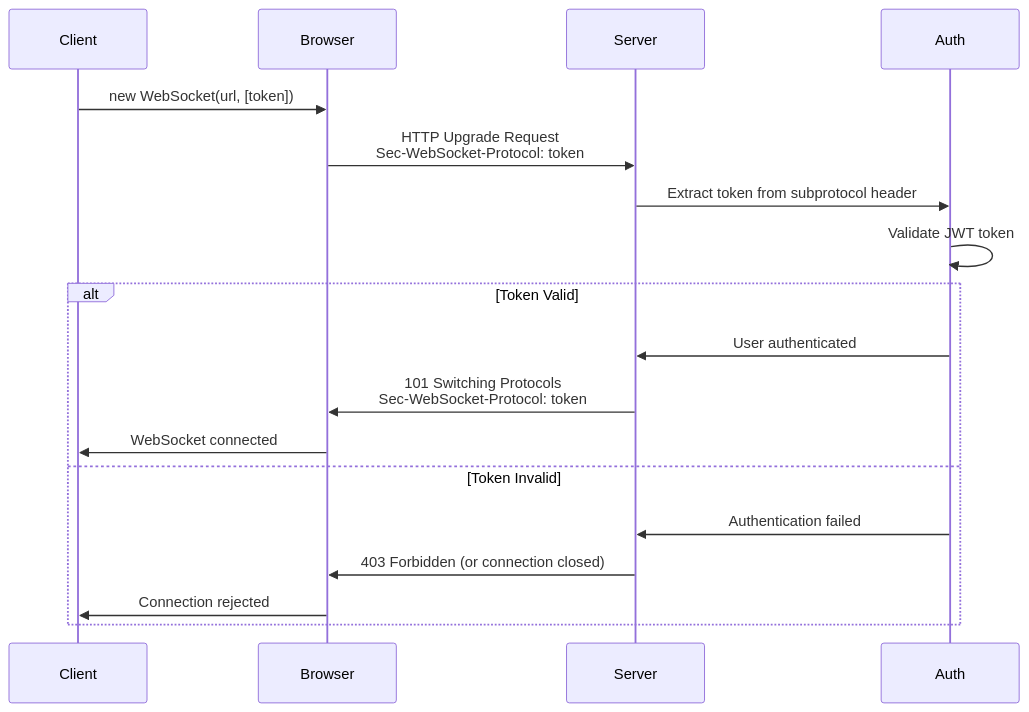
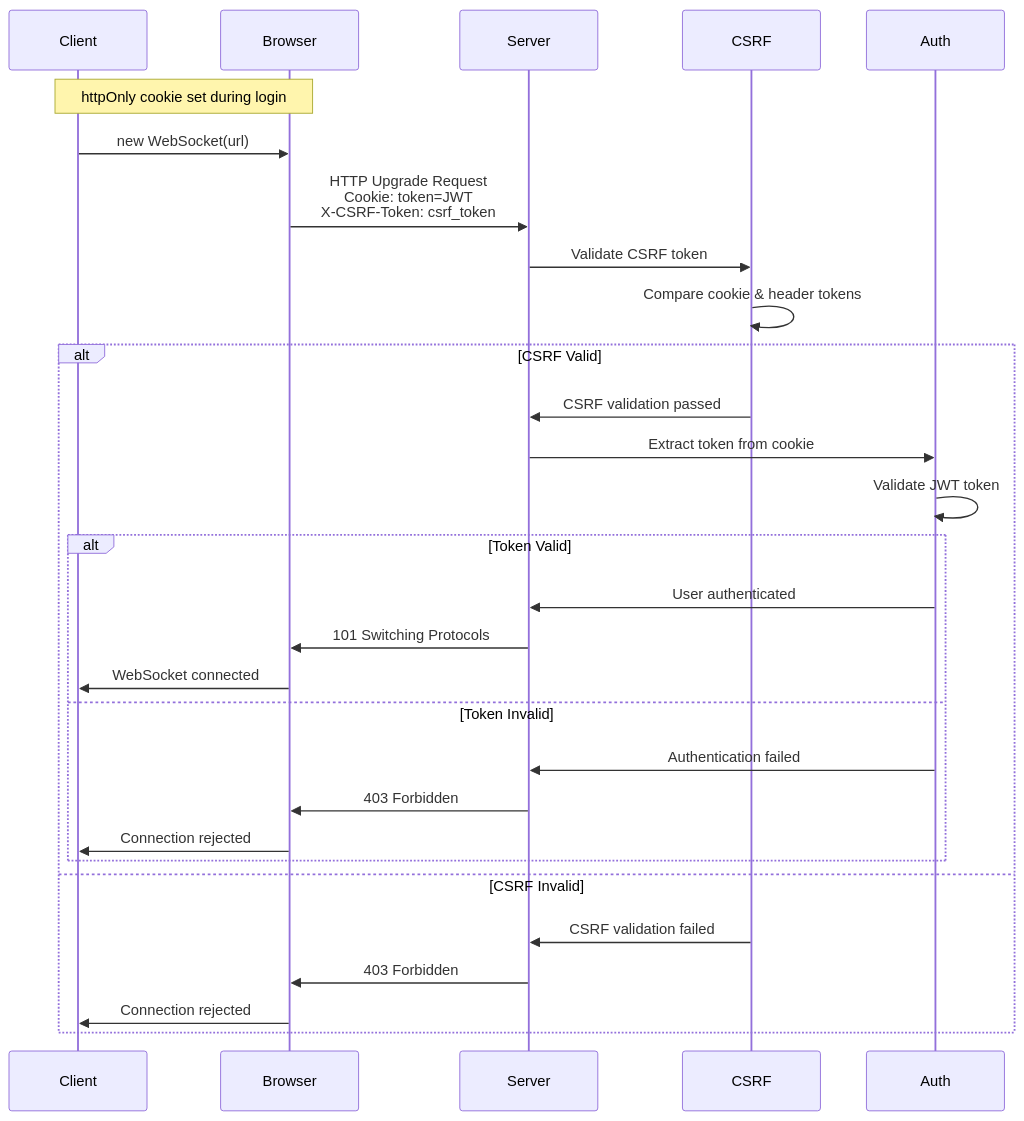
One commit to ranfysvalle02/mdb-engine changed the first of 2 diagrams in docs/guides/WEBSOCKET_SECURITY_MULTI_APP_SSO.md. Above: the diagram before and after it, drawn with Mermaid. The commit also changed other lines of this file and 14 other files, not shown here.

````diff
--- a/docs/guides/WEBSOCKET_SECURITY_MULTI_APP_SSO.md
+++ b/docs/guides/WEBSOCKET_SECURITY_MULTI_APP_SSO.md
@@ -87,21 +86,32 @@
 ```mermaid
 sequenceDiagram
     participant Client
     participant Browser
     participant Server
+    participant CSRF
     participant Auth
 
-    Client->>Browser: new WebSocket(url, [token])
-    Browser->>Server: HTTP Upgrade Request<br/>Sec-WebSocket-Protocol: token
-    Server->>Auth: Extract token from subprotocol header
-    Auth->>Auth: Validate JWT token
-    alt Token Valid
-        Auth->>Server: User authenticated
-        Server->>Browser: 101 Switching Protocols<br/>Sec-WebSocket-Protocol: token
-        Browser->>Client: WebSocket connected
-    else Token Invalid
-        Auth->>Server: Authentication failed
-        Server->>Browser: 403 Forbidden (or connection closed)
+    Note over Client,Browser: httpOnly cookie set during login
+    Client->>Browser: new WebSocket(url)
+    Browser->>Server: HTTP Upgrade Request<br/>Cookie: token=JWT<br/>X-CSRF-Token: csrf_token
+    Server->>CSRF: Validate CSRF token
+    CSRF->>CSRF: Compare cookie & header tokens
+    alt CSRF Valid
+        CSRF->>Server: CSRF validation passed
+        Server->>Auth: Extract token from cookie
+        Auth->>Auth: Validate JWT token
+        alt Token Valid
+            Auth->>Server: User authenticated
+            Server->>Browser: 101 Switching Protocols
+            Browser->>Client: WebSocket connected
+        else Token Invalid
+            Auth->>Server: Authentication failed
+            Server->>Browser: 403 Forbidden
+            Browser->>Client: Connection rejected
+        end
+    else CSRF Invalid
+        CSRF->>Server: CSRF validation failed
+        Server->>Browser: 403 Forbidden
         Browser->>Client: Connection rejected
     end
 ```
````
